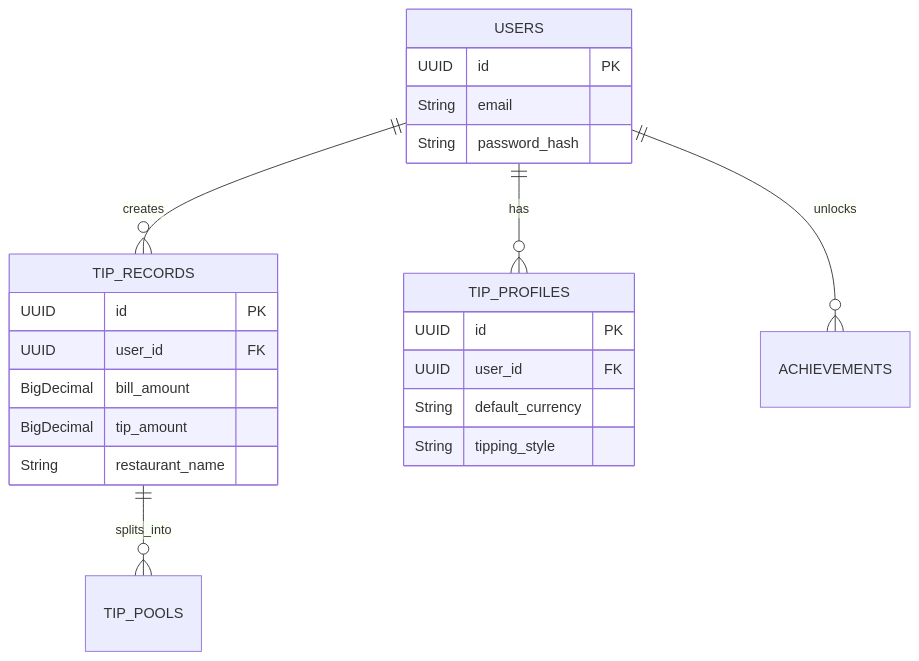
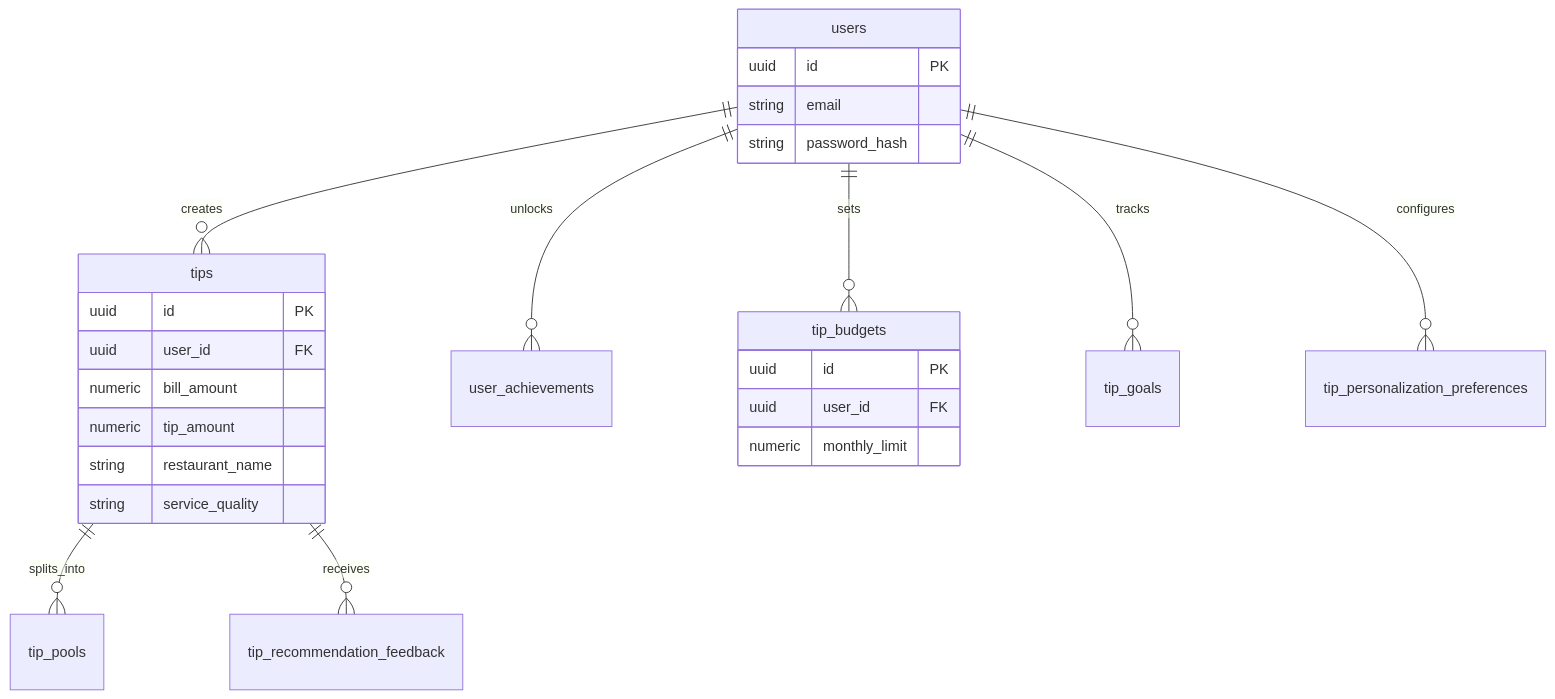
The third of 4 diagrams in README.md (gms26/AI-Tip), drawn with Mermaid before and after one commit. The commit also changed other lines of this file and 1 other file, not shown here.

````diff
--- a/README.md
+++ b/README.md
@@ -71,28 +71,31 @@
 ```mermaid
 erDiagram
-    USERS ||--o{ TIP_RECORDS : creates
-    USERS ||--o{ TIP_PROFILES : has
-    USERS ||--o{ ACHIEVEMENTS : unlocks
-    TIP_RECORDS ||--o{ TIP_POOLS : splits_into
+    users ||--o{ tips : creates
+    users ||--o{ user_achievements : unlocks
+    users ||--o{ tip_budgets : sets
+    users ||--o{ tip_goals : tracks
+    users ||--o{ tip_personalization_preferences : configures
+    tips ||--o{ tip_pools : splits_into
+    tips ||--o{ tip_recommendation_feedback : receives
     
-    USERS {
-        UUID id PK
-        String email
-        String password_hash
+    users {
+        uuid id PK
+        string email
+        string password_hash
     }
     
-    TIP_RECORDS {
-        UUID id PK
-        UUID user_id FK
-        BigDecimal bill_amount
-        BigDecimal tip_amount
-        String restaurant_name
+    tips {
+        uuid id PK
+        uuid user_id FK
+        numeric bill_amount
+        numeric tip_amount
+        string restaurant_name
+        string service_quality
     }
     
-    TIP_PROFILES {
-        UUID id PK
-        UUID user_id FK
-        String default_currency
-        String tipping_style
+    tip_budgets {
+        uuid id PK
+        uuid user_id FK
+        numeric monthly_limit
     }
 ```
````
